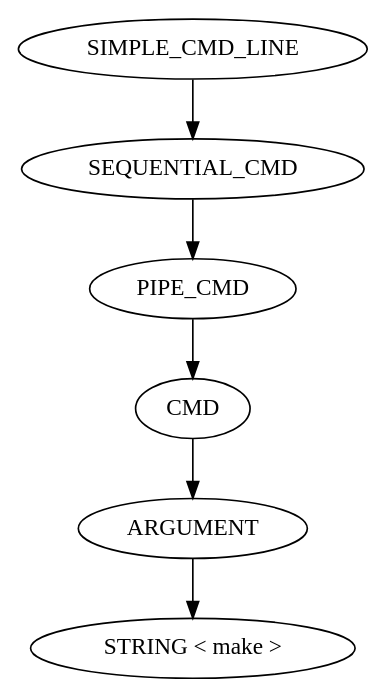
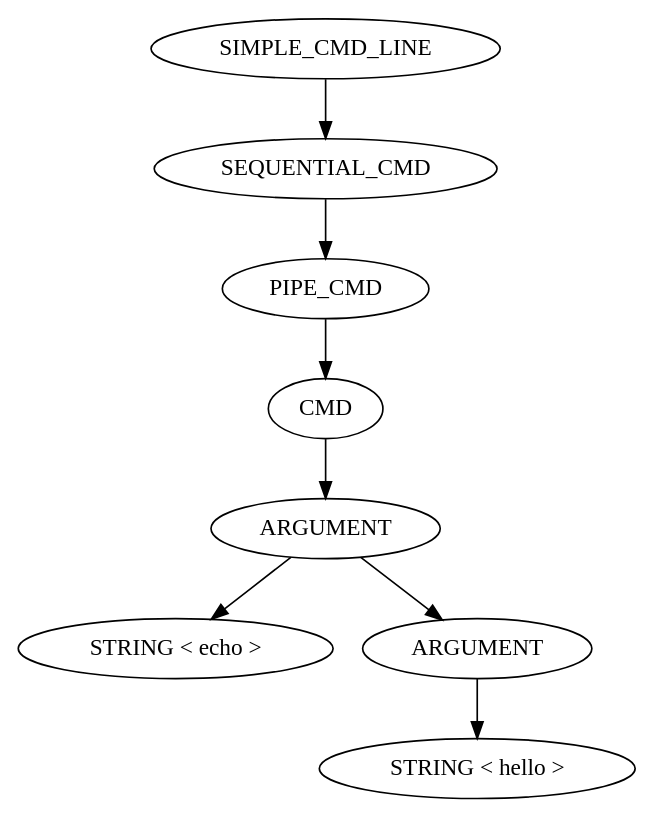
Before and after one commit to Glimbyte/exoshell: the diagram in parser.dot, drawn with Graphviz. The commit also changed 10 other files, not shown here.

```diff
--- a/parser.dot
+++ b/parser.dot
@@ -1,13 +1,17 @@
 digraph PARSER {
-	NODE_0x7fa696402d70 [label="SIMPLE_CMD_LINE\n"];
-	NODE_0x7fa696402d70 -> NODE_0x7fa696402d50
-	NODE_0x7fa696402d50 [label="SEQUENTIAL_CMD\n"];
-	NODE_0x7fa696402d50 -> NODE_0x7fa696402d30
-	NODE_0x7fa696402d30 [label="PIPE_CMD\n"];
-	NODE_0x7fa696402d30 -> NODE_0x7fa696402d10
-	NODE_0x7fa696402d10 [label="CMD\n"];
-	NODE_0x7fa696402d10 -> NODE_0x7fa696402cf0
-	NODE_0x7fa696402cf0 [label="ARGUMENT\n"];
-	NODE_0x7fa696402cf0 -> NODE_0x7fa696402cd0
-	NODE_0x7fa696402cd0 [label="STRING < make >\n"];
+	NODE_0x7f83f3e001b0 [label="SIMPLE_CMD_LINE\n"];
+	NODE_0x7f83f3e001b0 -> NODE_0x7f83f3e00190
+	NODE_0x7f83f3e00190 [label="SEQUENTIAL_CMD\n"];
+	NODE_0x7f83f3e00190 -> NODE_0x7f83f3e00170
+	NODE_0x7f83f3e00170 [label="PIPE_CMD\n"];
+	NODE_0x7f83f3e00170 -> NODE_0x7f83f3e00150
+	NODE_0x7f83f3e00150 [label="CMD\n"];
+	NODE_0x7f83f3e00150 -> NODE_0x7f83f3e00130
+	NODE_0x7f83f3e00130 [label="ARGUMENT\n"];
+	NODE_0x7f83f3e00130 -> NODE_0x7f83f3e000d0
+	NODE_0x7f83f3e00130 -> NODE_0x7f83f3e00110
+	NODE_0x7f83f3e000d0 [label="STRING < echo >\n"];
+	NODE_0x7f83f3e00110 [label="ARGUMENT\n"];
+	NODE_0x7f83f3e00110 -> NODE_0x7f83f3e000f0
+	NODE_0x7f83f3e000f0 [label="STRING < hello >\n"];
 }
```
